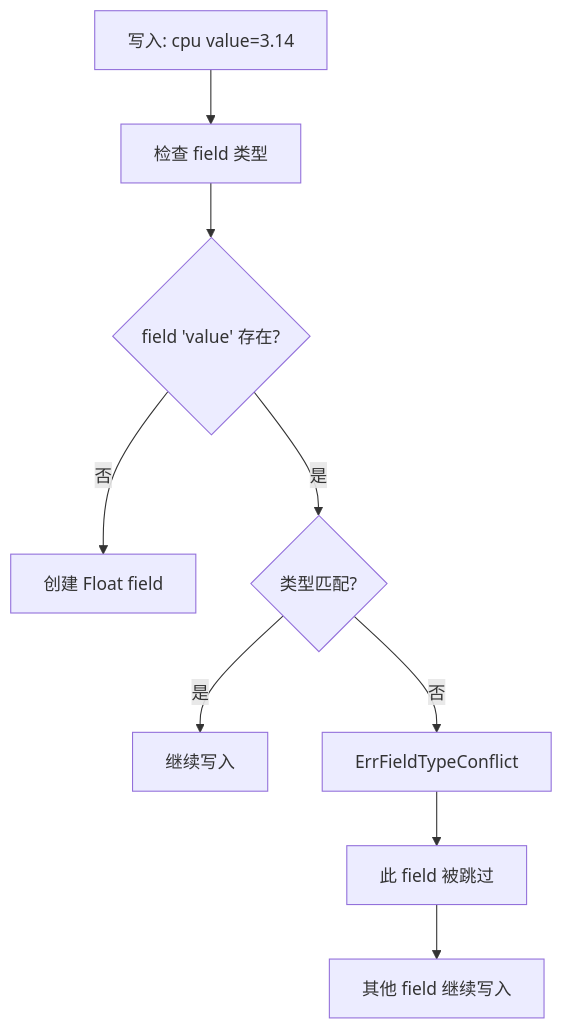
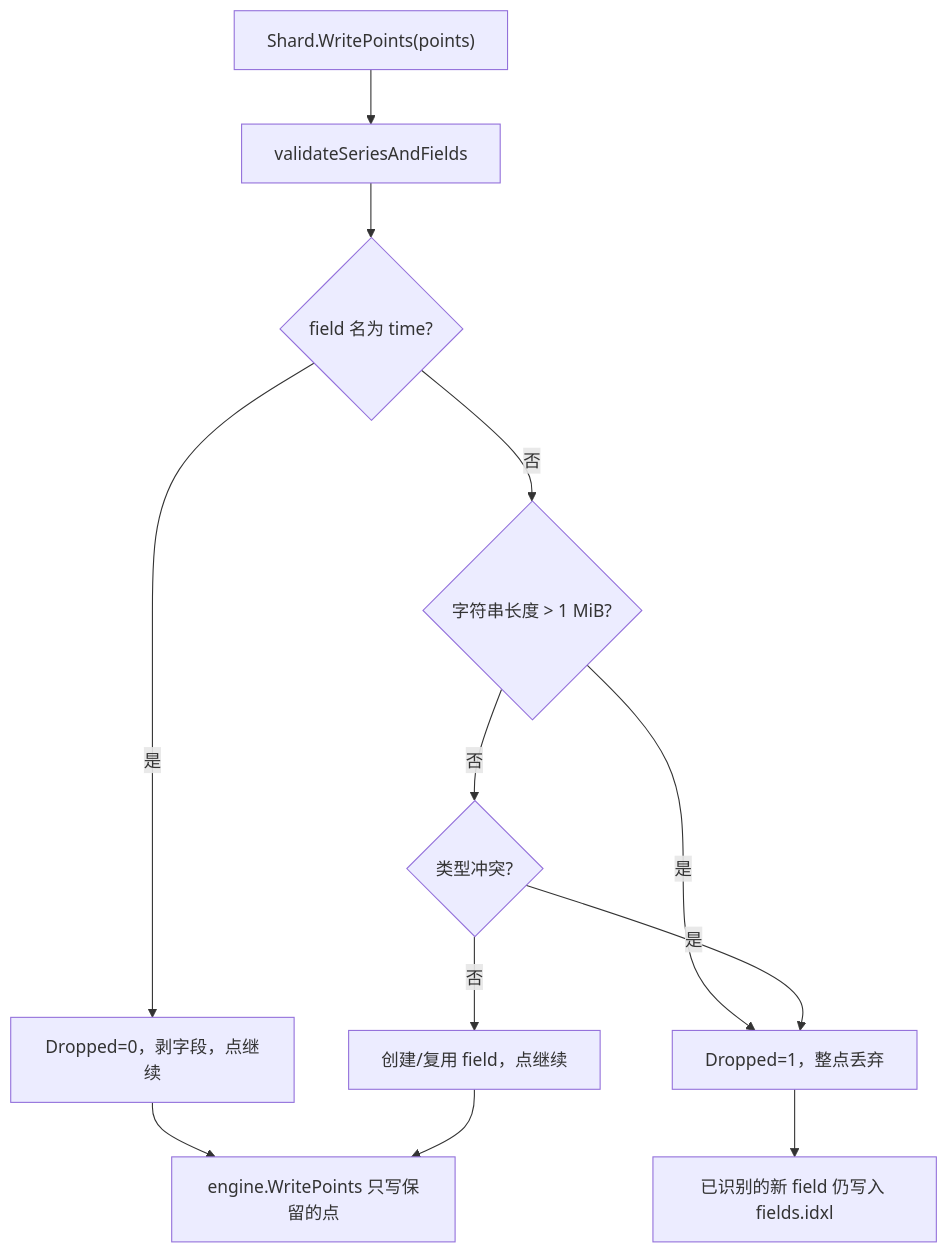
Before and after one commit to stefanv5/influxdb: diagram 13 of 15 in docs/specs/06_cluster_communication_spec.md, drawn with Mermaid. The commit also changed other lines of this file and 16 other files, not shown here.

First line of the commit message:
docs: correct and deepen the 17 architecture specs

````diff
--- a/docs/specs/06_cluster_communication_spec.md
+++ b/docs/specs/06_cluster_communication_spec.md
@@ -2156,11 +2335,14 @@
 ```mermaid
 flowchart TD
-    A["写入: cpu value=3.14"] --> B["检查 field 类型"]
-    B --> C{"field 'value' 存在?"}
-    C -->|"否"| D["创建 Float field"]
-    C -->|"是"| E{"类型匹配?"}
-    E -->|"是"| F["继续写入"]
-    E -->|"否"| G["ErrFieldTypeConflict"]
-    G --> H["此 field 被跳过"]
-    H --> I["其他 field 继续写入"]
+    A["Shard.WritePoints(points)"] --> B["validateSeriesAndFields"]
+    B --> C{"field 名为 time?"}
+    C -->|"是"| D["Dropped=0，剥字段，点继续"]
+    C -->|"否"| E{"字符串长度 > 1 MiB?"}
+    E -->|"是"| F["Dropped=1，整点丢弃"]
+    E -->|"否"| G{"类型冲突?"}
+    G -->|"是"| F
+    G -->|"否"| H["创建/复用 field，点继续"]
+    F --> I["已识别的新 field 仍写入 fields.idxl"]
+    D --> J["engine.WritePoints 只写保留的点"]
+    H --> J
 ```
````
